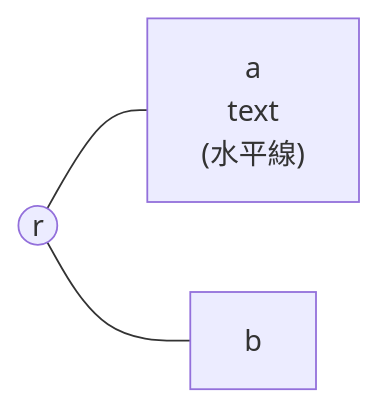
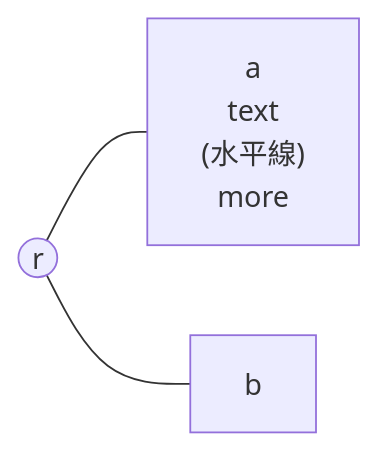
The seventh of 13 diagrams in docs/superpowers/specs/2026-08-29-op-cases.md (Project-Starlivia/mmm), drawn with Mermaid before and after one commit. The commit also changed other lines of this file and 1 other file, not shown here.

````diff
--- a/docs/superpowers/specs/2026-08-29-op-cases.md
+++ b/docs/superpowers/specs/2026-08-29-op-cases.md
@@ -292,5 +296,5 @@
 ```mermaid
 graph LR
-  r((r)) --- a["a<br>text<br>(水平線)"]
+  r((r)) --- a["a<br>text<br>(水平線)<br>more"]
   r --- b
 ```
````
